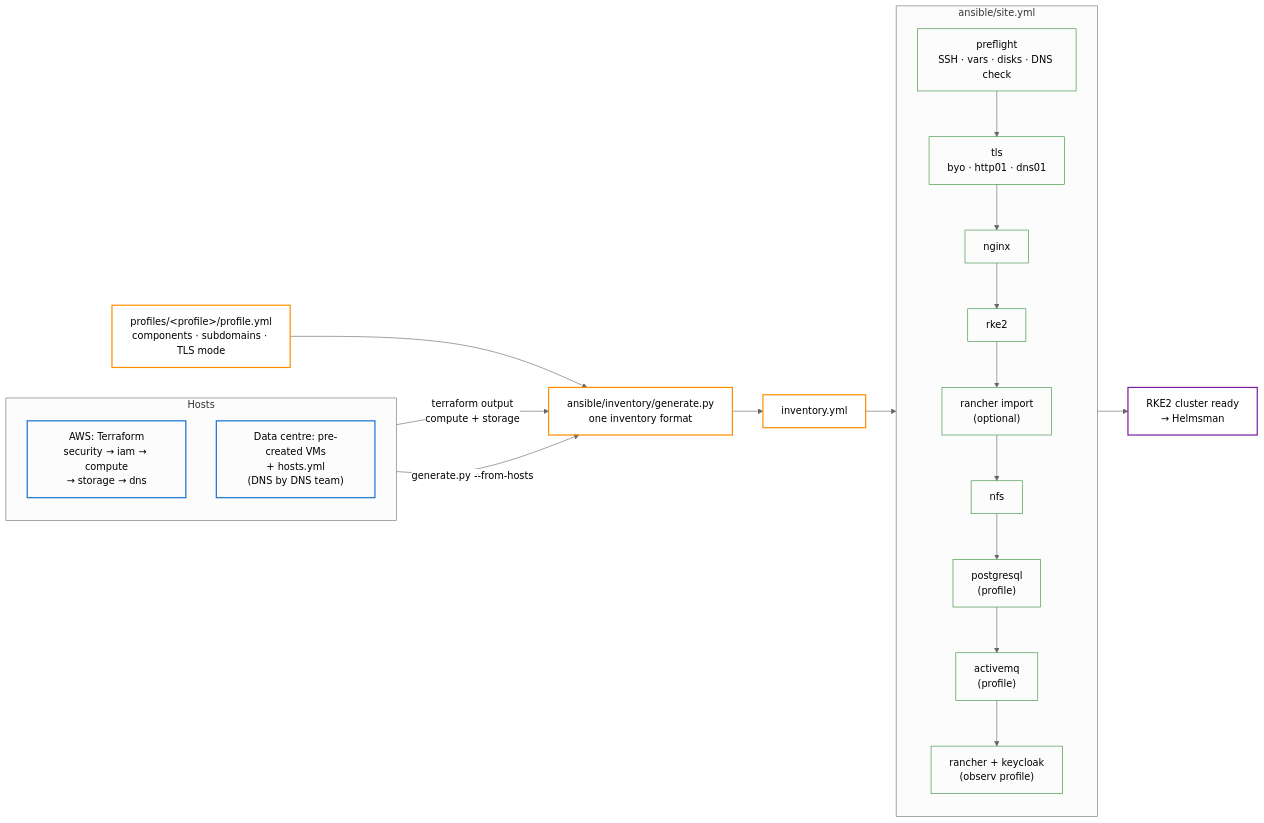
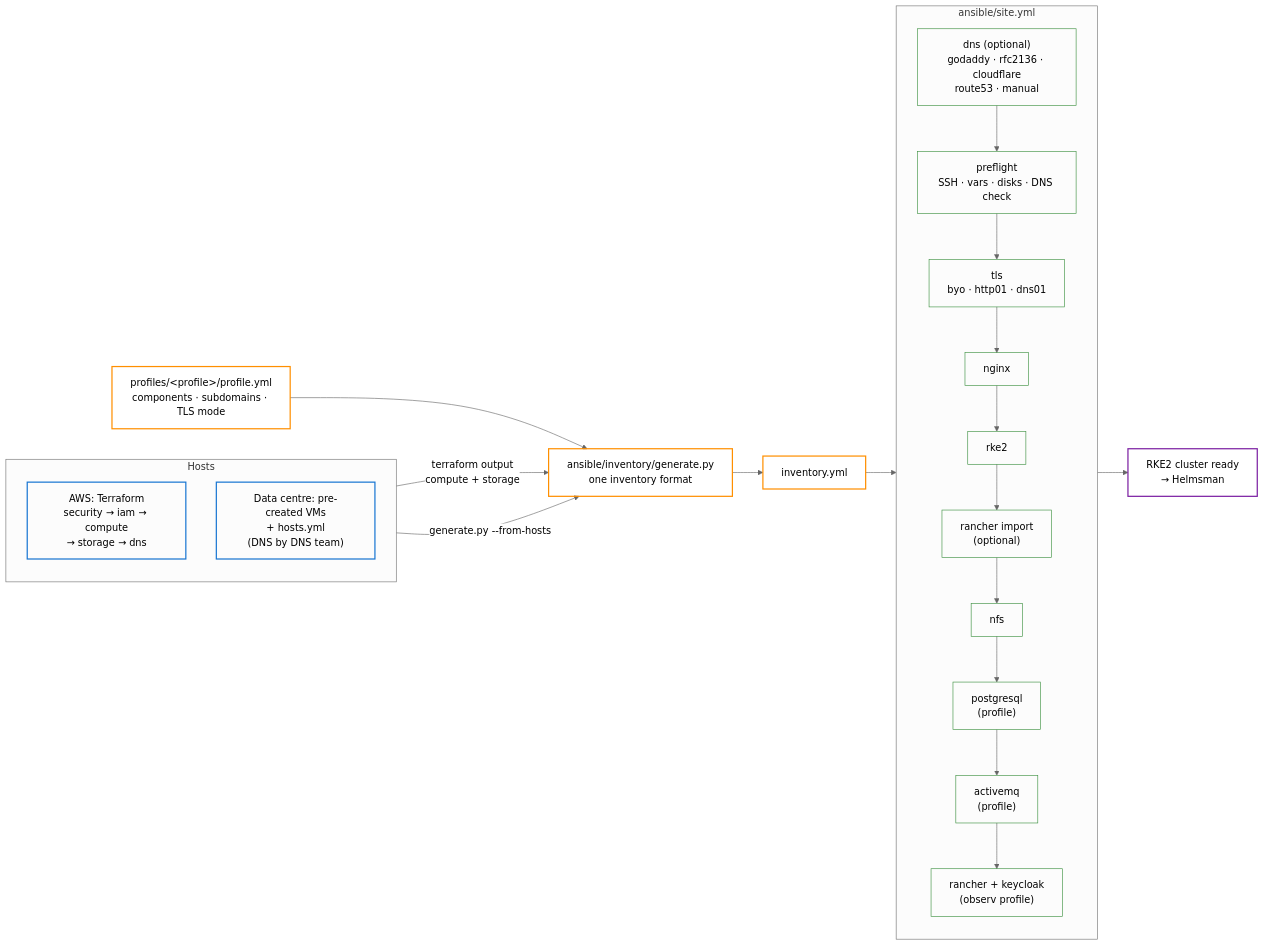
One commit to mosip/infra changed the second of 3 diagrams in README.md. Above: the diagram before and after it, drawn with Mermaid. The commit also changed other lines of this file and 28 other files, not shown here.

First line of the commit message:
feat(ansible): provider-agnostic DNS records (GoDaddy, RFC 2136, Cloudflare, Route53, manual)

````diff
--- a/README.md
+++ b/README.md
@@ -54,42 +54,43 @@
 ```mermaid
 %%{init: {'theme': 'neutral'}}%%
 graph LR
     %% Where the hosts come from
     subgraph SRC["Hosts"]
         direction TB
         TF["AWS: Terraform<br/>security → iam → compute<br/>→ storage → dns"]
         DC["Data centre: pre-created VMs<br/>+ hosts.yml<br/>(DNS by DNS team)"]
     end
 
     PROF["profiles/&lt;profile&gt;/profile.yml<br/>components · subdomains · TLS mode"]
 
     TF -->|"terraform output<br/>compute + storage"| GEN
     DC -->|"generate.py --from-hosts"| GEN
     PROF --> GEN
     GEN["ansible/inventory/generate.py<br/>one inventory format"] --> INV[inventory.yml]
 
     %% site.yml — fixed legacy order; the profile only selects components
     INV --> SITE
     subgraph SITE["ansible/site.yml"]
         direction TB
+        DNSR["dns (optional)<br/>godaddy · rfc2136 · cloudflare<br/>route53 · manual"] --> PF
         PF["preflight<br/>SSH · vars · disks · DNS check"] --> TLS["tls<br/>byo · http01 · dns01"]
         TLS --> NG[nginx]
         NG --> RK[rke2]
         RK --> RI["rancher import<br/>(optional)"]
         RI --> NFS[nfs]
         NFS --> PG["postgresql<br/>(profile)"]
         PG --> AMQ["activemq<br/>(profile)"]
         AMQ --> RKC["rancher + keycloak<br/>(observ profile)"]
     end
 
     SITE --> K8S["RKE2 cluster ready<br/>→ Helmsman"]
 
     classDef src fill:none,stroke:#1976d2,stroke-width:2px
     classDef gen fill:none,stroke:#ff8f00,stroke-width:2px
     classDef step fill:none,stroke:#388e3c,stroke-width:1px
     classDef done fill:none,stroke:#7b1fa2,stroke-width:2px
     class TF,DC src
     class PROF,GEN,INV gen
-    class PF,TLS,NG,RK,RI,NFS,PG,AMQ,RKC step
+    class DNSR,PF,TLS,NG,RK,RI,NFS,PG,AMQ,RKC step
     class K8S done
 ```
````
